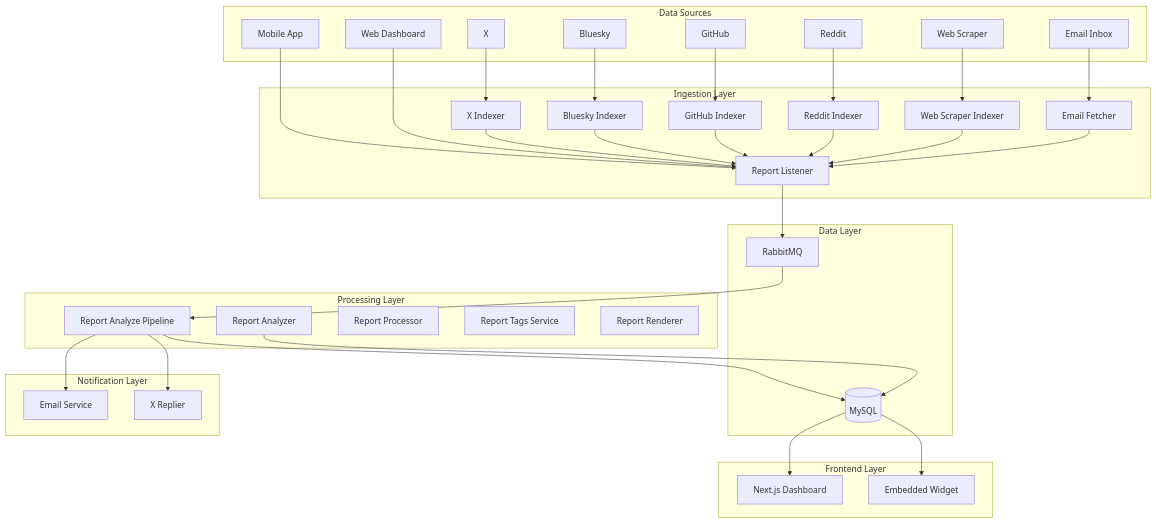
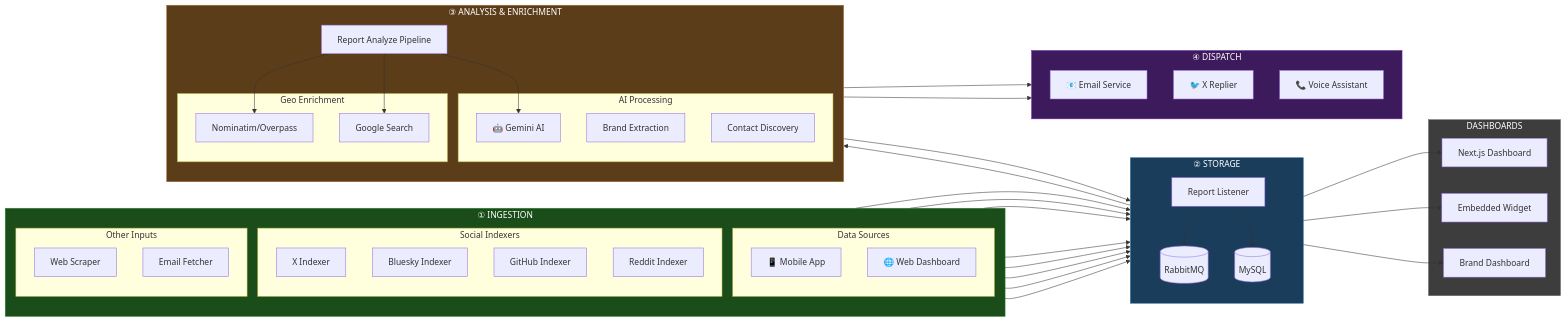
One commit to cleanappio/cleanapp_back_end_v2 changed the first of 3 diagrams in ARCHITECTURE.md. Above: the diagram before and after it, drawn with Mermaid. The commit also changed other lines of this file, not shown here.

Commit message:
docs: redesign architecture diagram with 4-stage pipeline
- Added ASCII 'Pipeline at a Glance' overview
- Reorganized mermaid diagram into 4 clear stages:
  1. INGESTION (green) - Data sources + indexers
  2. STORAGE (blue) - RabbitMQ + MySQL
  3. ANALYSIS (orange) - AI + geo-enrichment
  4. DISPATCH (purple) - Email + social replies
- Added color coding for each stage
- Added 'Pipeline Stages Explained' table
- Left-to-right flow for better readability

````diff
--- a/ARCHITECTURE.md
+++ b/ARCHITECTURE.md
@@ -9,73 +22,92 @@
 ```mermaid
-graph TB
-    subgraph "Data Sources"
-        APP[Mobile App]
-        WEB[Web Dashboard]
-        XSRC[X]
-        BS[Bluesky]
-        GH[GitHub]
-        REDDIT[Reddit]
-        WEBSCRAPE[Web Scraper]
-        EMAIL[Email Inbox]
+graph LR
+    %% Stage 1: INGESTION (Green)
+    subgraph STAGE1["① INGESTION"]
+        direction TB
+        subgraph "Data Sources"
+            APP[📱 Mobile App]
+            WEB[🌐 Web Dashboard]
+        end
+        subgraph "Social Indexers"
+            XI[X Indexer]
+            BI[Bluesky Indexer]
+            GHI[GitHub Indexer]
+            RDI[Reddit Indexer]
+        end
+        subgraph "Other Inputs"
+            WSI[Web Scraper]
+            EF[Email Fetcher]
+        end
     end
-    
-    subgraph "Ingestion Layer"
+
+    %% Stage 2: STORAGE (Blue)
+    subgraph STAGE2["② STORAGE"]
+        direction TB
         RL[Report Listener]
-        XI[X Indexer]
-        BI[Bluesky Indexer]
-        GHI[GitHub Indexer]
-        RDR[Reddit Indexer]
-        WSI[Web Scraper Indexer]
-        EF[Email Fetcher]
+        RMQ[(RabbitMQ)]
+        DB[(MySQL)]
     end
-    
-    subgraph "Processing Layer"
+
+    %% Stage 3: ANALYSIS (Orange)
+    subgraph STAGE3["③ ANALYSIS & ENRICHMENT"]
+        direction TB
         RAP[Report Analyze Pipeline]
-        RA[Report Analyzer]
-        RP[Report Processor]
-        RTS[Report Tags Service]
-        RRS[Report Renderer]
+        subgraph "AI Processing"
+            GEMINI[🤖 Gemini AI]
+            BRAND[Brand Extraction]
+            CONTACT[Contact Discovery]
+        end
+        subgraph "Geo Enrichment"
+            OSM[Nominatim/Overpass]
+            GSEARCH[Google Search]
+        end
     end
-    
-    subgraph "Data Layer"
-        DB[(MySQL)]
-        RMQ[RabbitMQ]
+
+    %% Stage 4: DISPATCH (Purple)
+    subgraph STAGE4["④ DISPATCH"]
+        direction TB
+        ES[📧 Email Service]
+        XR[🐦 X Replier]
+        VOICE[📞 Voice Assistant]
     end
-    
-    subgraph "Notification Layer"
-        ES[Email Service]
-        XR[X Replier]
-    end
-    
-    subgraph "Frontend Layer"
+
+    %% Stage 5: FRONTEND (Gray)
+    subgraph STAGE5["DASHBOARDS"]
         FE[Next.js Dashboard]
         EMBED[Embedded Widget]
+        BRAND_DASH[Brand Dashboard]
     end
-    
+
+    %% Flow connections
     APP --> RL
     WEB --> RL
-    XSRC --> XI
-    BS --> BI
-    GH --> GHI
-    REDDIT --> RDR
-    WEBSCRAPE --> WSI
-    EMAIL --> EF
-    
     XI --> RL
     BI --> RL
     GHI --> RL
-    RDR --> RL
+    RDI --> RL
     WSI --> RL
     EF --> RL
+
+    RL --> RMQ
+    RL --> DB
+    RMQ --> RAP
     
-    RL --> RMQ
-    RMQ --> RAP
+    RAP --> GEMINI
+    RAP --> OSM
+    RAP --> GSEARCH
     RAP --> DB
-    RA --> DB
     
     RAP --> ES
     RAP --> XR
     
     DB --> FE
     DB --> EMBED
+    DB --> BRAND_DASH
+
+    %% Styling
+    style STAGE1 fill:#1a4d1a,stroke:#2d8a2d,color:#fff
+    style STAGE2 fill:#1a3d5c,stroke:#2d6da8,color:#fff
+    style STAGE3 fill:#5c3d1a,stroke:#a86d2d,color:#fff
+    style STAGE4 fill:#3d1a5c,stroke:#6d2da8,color:#fff
+    style STAGE5 fill:#3d3d3d,stroke:#666,color:#fff
 ```
````
